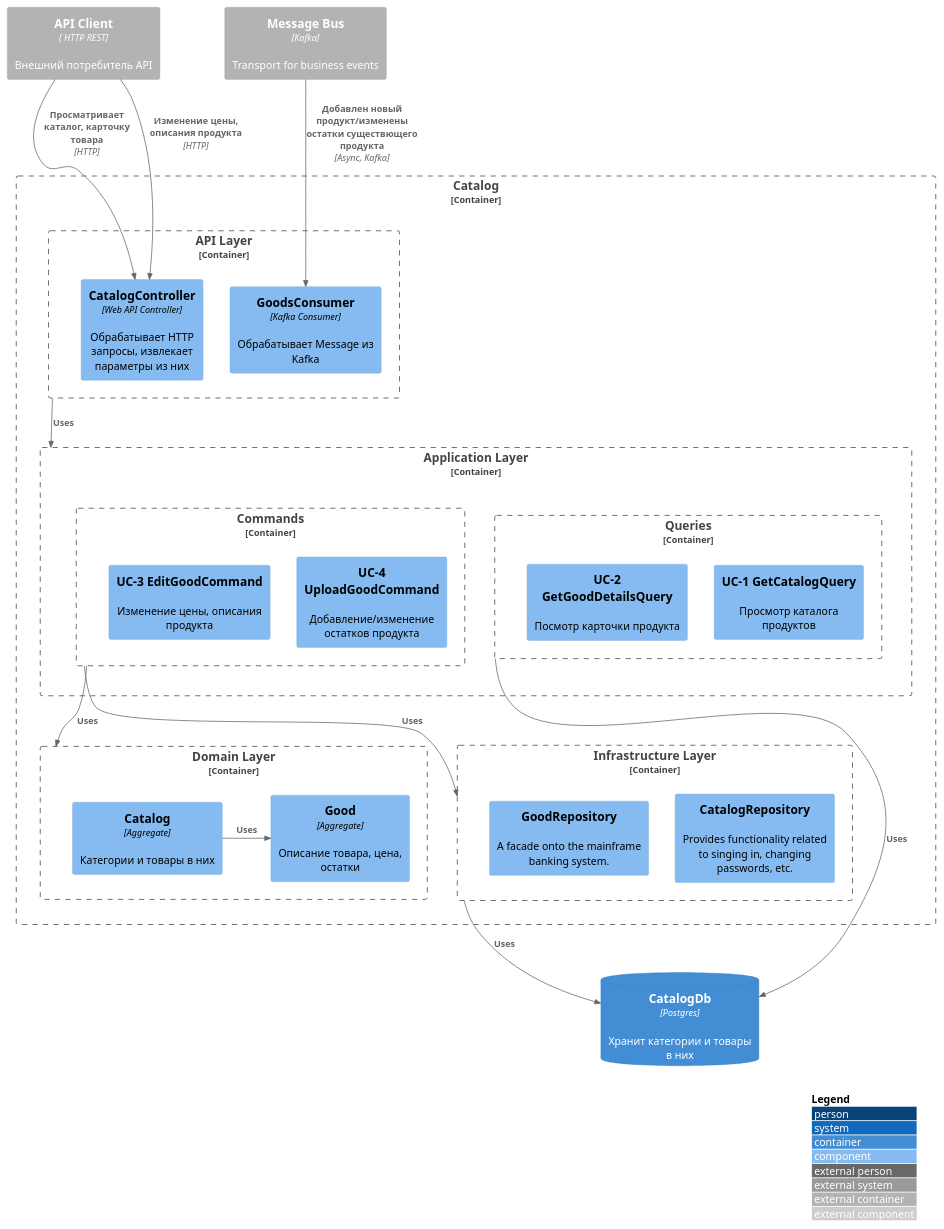
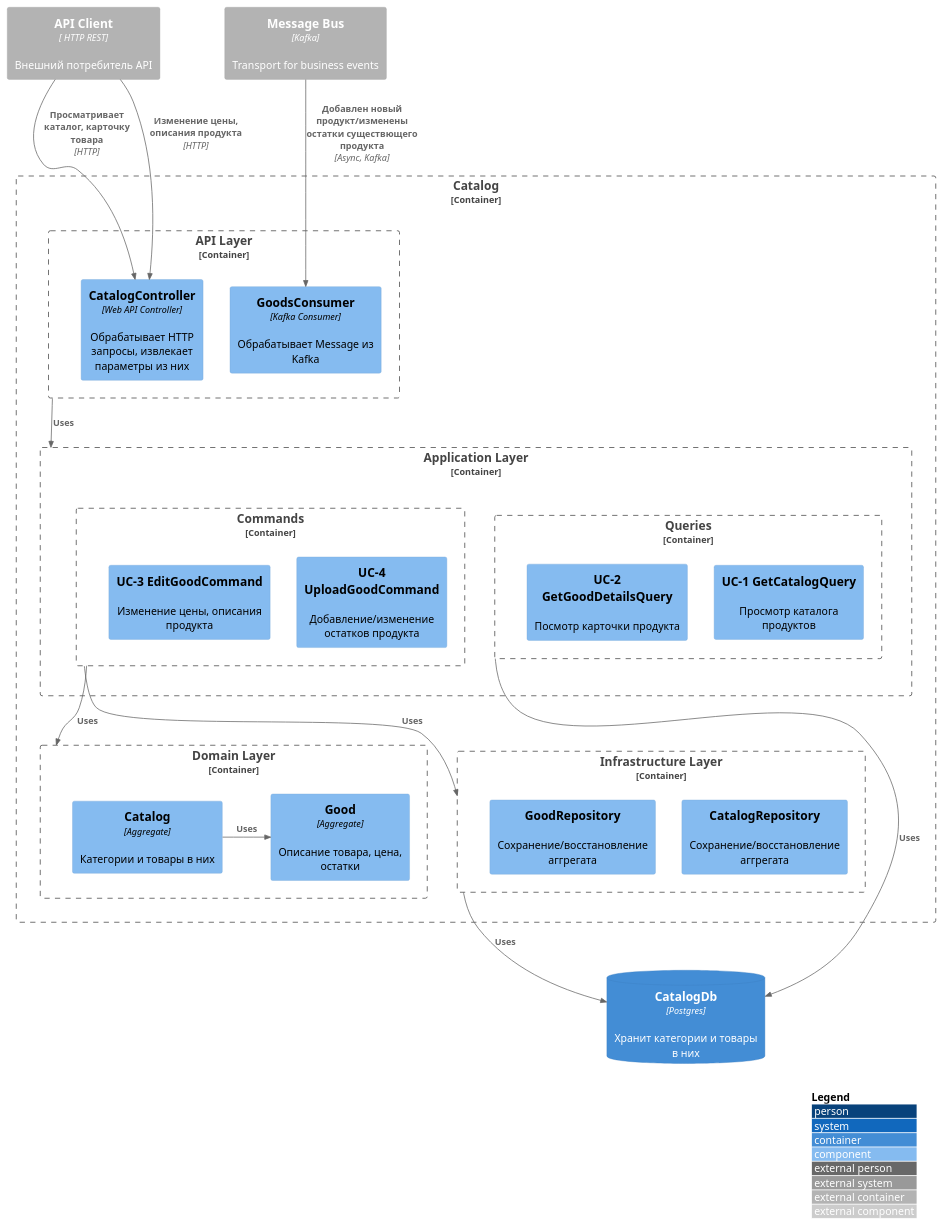
The second of 5 diagrams in services/catalog/README.md (gerzhan/knigaexpert-system-design), drawn with PlantUML before and after one commit.

````diff
--- a/services/catalog/README.md
+++ b/services/catalog/README.md
@@ -50,56 +50,56 @@
 ```plantuml
 !include https://raw.githubusercontent.com/plantuml-stdlib/C4-PlantUML/master/C4_Component.puml
 LAYOUT_WITH_LEGEND()
 
 Container_Ext(api_client, "API Client", " HTTP REST", "Внешний потребитель API")
 
 Container_Ext(message_bus, "Message Bus", "Kafka", "Transport for business events")
 
 Container_Boundary(catalog_service, "Catalog") {
     Container_Boundary(api_layer, "API Layer") {
     Component(catalog_controller, "CatalogController", "Web API Controller", "Обрабатывает HTTP запросы, извлекает параметры из них")
     
     Component(goods_consumer, "GoodsConsumer", "Kafka Consumer", "Обрабатывает Message из Kafka")
     }
 
     Container_Boundary(application_layer, "Application Layer") {
       Container_Boundary(commands, "Commands") {
         Component(uc4_upload_good_command, "UC-4 UploadGoodCommand", "", "Добавление/изменение остатков продукта")
         Component(uc3_edit_good_command, "UC-3 EditGoodCommand", "", "Изменение цены, описания продукта")
       }
 
       Container_Boundary(queries, "Queries") {
         Component(uc1_get_catalog_query, "UC-1 GetCatalogQuery", "", "Просмотр каталога продуктов")
 
         Component(uc2_get_good_details_query, "UC-2 GetGoodDetailsQuery", "", "Посмотр карточки продукта")
       }
     }
 
     Container_Boundary(domain_layer, "Domain Layer") {
       Component(catalog_aggregate, "Catalog", "Aggregate", "Категории и товары в них")
       Component(good_aggregate, "Good", "Aggregate", "Описание товара, цена, остатки")
     }
 
     Container_Boundary(infrastructure_layer, "Infrastructure Layer") {
-      Component(catalog_aggregate_repository, "CatalogRepository", "", "Provides functionality related to singing in, changing passwords, etc.")
-      Component(good_aggregate_repository, "GoodRepository", "", "A facade onto the mainframe banking system.")
+      Component(catalog_aggregate_repository, "CatalogRepository", "", "Сохранение/восстановление аггрегата")
+      Component(good_aggregate_repository, "GoodRepository", "", "Сохранение/восстановление аггрегата")
     }
 
     Rel(message_bus, goods_consumer, "Добавлен новый продукт/изменены остатки существющего продукта", "Async, Kafka")
     
     Rel(api_client, catalog_controller, "Просматривает каталог, карточку товара", "HTTP")
     Rel(api_client, catalog_controller, "Изменение цены, описания продукта", "HTTP")
 
     Rel_D(api_layer, application_layer, "Uses")
     
     Rel_D(commands, domain_layer, "Uses")
 
     Rel_R(catalog_aggregate, good_aggregate, "Uses")
 
     Rel_D(commands, infrastructure_layer, "Uses")
 }
 
 ContainerDb(db, "CatalogDb", "Postgres", "Хранит категории и товары в них")
 Rel_D(infrastructure_layer, db, "Uses")
 Rel_D(queries, db, "Uses")
 ```
````
